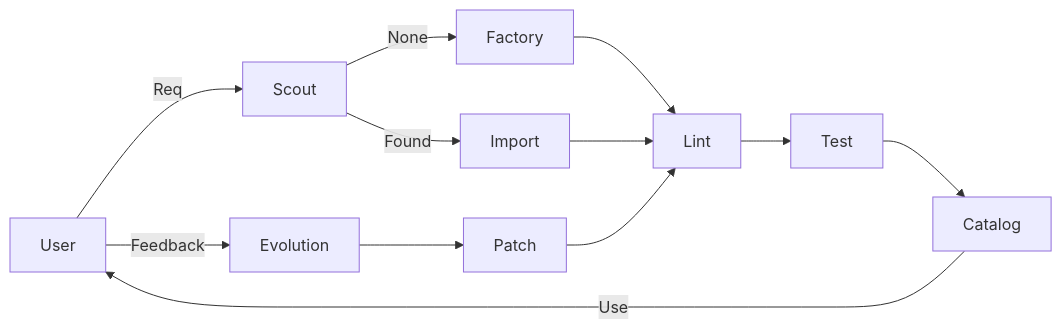
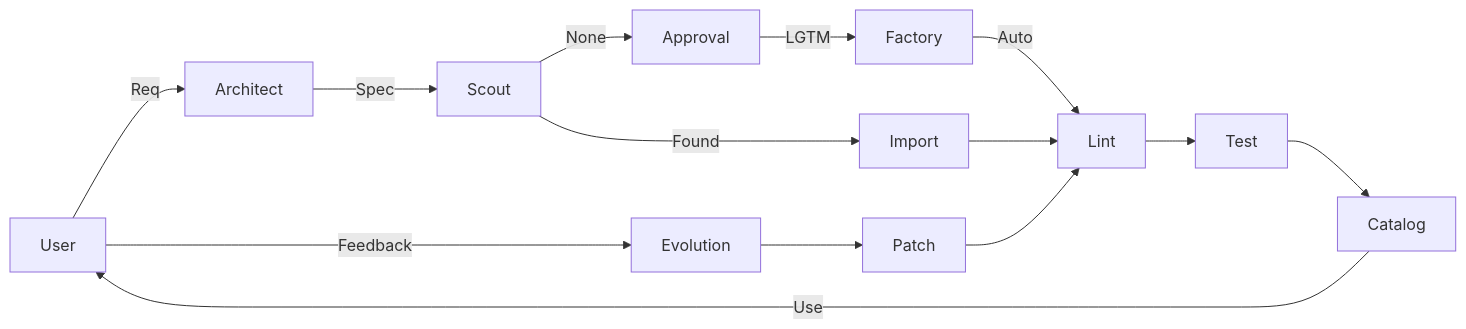
The diagram in README.md (i8ei/skill-factory), drawn with Mermaid before and after one commit. The commit also changed other lines of this file and 14 other files, not shown here.

````diff
--- a/README.md
+++ b/README.md
@@ -45,14 +49,16 @@
 ```mermaid
 graph LR
-    User --> |Req| Scout
-    Scout --> |None| Factory
+    User --> |Req| Architect
+    Architect --> |Spec| Scout
+    Scout --> |None| Approval
     Scout --> |Found| Import
-    Factory --> Lint
+    Approval --> |LGTM| Factory
+    Factory --> |Auto| Lint
     Import --> Lint
     Lint --> Test
     Test --> Catalog
     Catalog --> |Use| User
     User --> |Feedback| Evolution
     Evolution --> Patch
     Patch --> Lint
 ```
````
